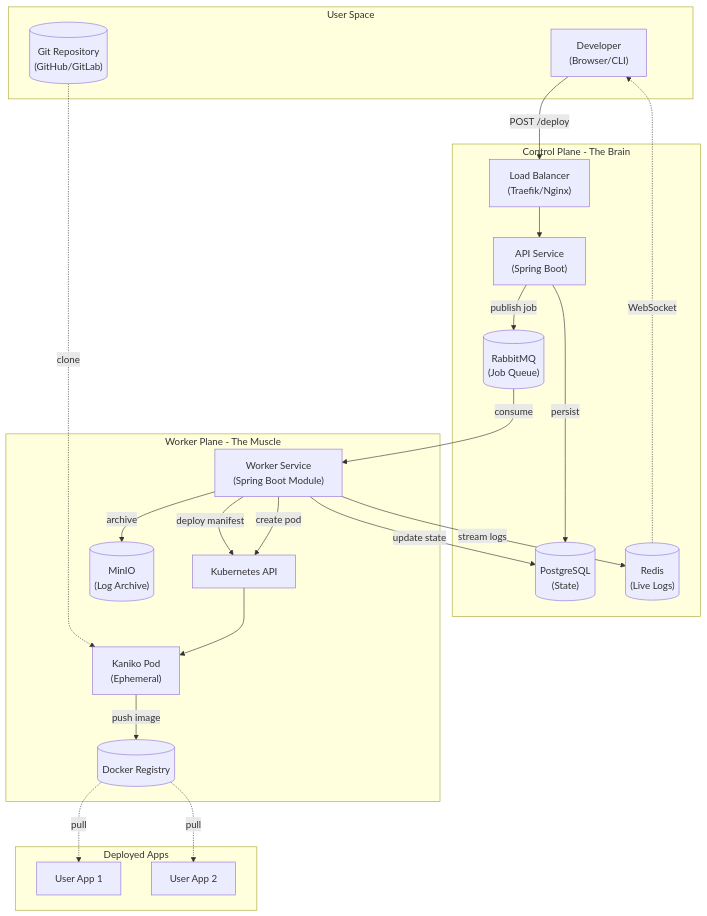
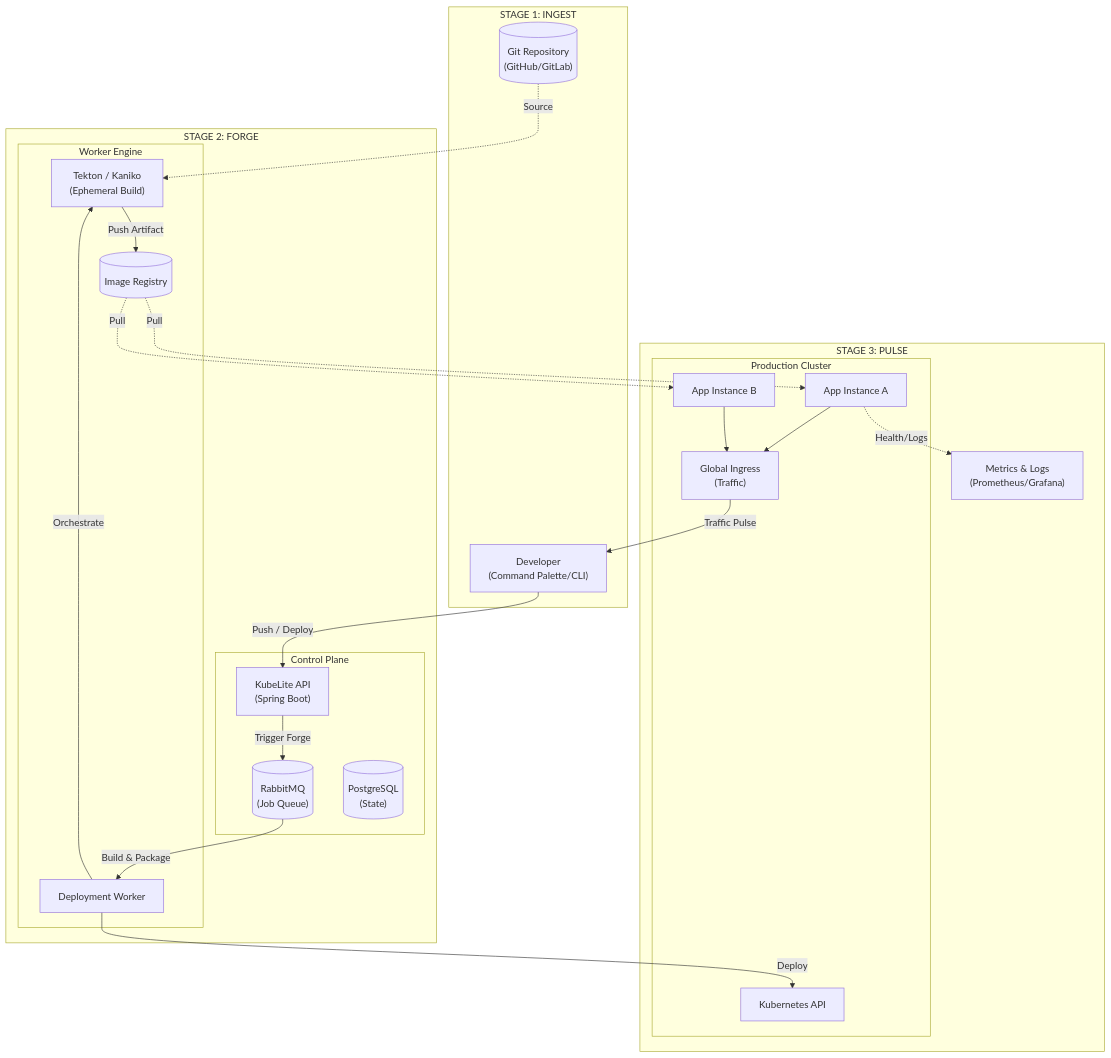
Before and after one commit to A-007481D/Ork8stra-Java: the diagram in diagrams/architecture/component-diagram.md, drawn with Mermaid. The commit also changed other lines of this file and 2 other files, not shown here.

Commit message:
docs(architecture): rebrand diagrams to KubeLite and add infrastructure stream workflow

````diff
--- a/diagrams/architecture/component-diagram.md
+++ b/diagrams/architecture/component-diagram.md
@@ -7,45 +7,46 @@
 ```mermaid
 flowchart TB
-    subgraph UserSpace["User Space"]
+    subgraph Stream_Ingest["STAGE 1: INGEST"]
         Git[("Git Repository\n(GitHub/GitLab)")]
-        Dev["Developer\n(Browser/CLI)"]
+        Dev["Developer\n(Command Palette/CLI)"]
     end
 
-    subgraph ControlPlane["Control Plane - The Brain"]
-        LB["Load Balancer\n(Traefik/Nginx)"]
-        API["API Service\n(Spring Boot)"]
-        MQ[("RabbitMQ\n(Job Queue)")]
-        DB[("PostgreSQL\n(State)")]
-        Redis[("Redis\n(Live Logs)")]
+    subgraph Stream_Forge["STAGE 2: FORGE"]
+        subgraph ControlPlane["Control Plane"]
+            API["KubeLite API\n(Spring Boot)"]
+            MQ[("RabbitMQ\n(Job Queue)")]
+            DB[("PostgreSQL\n(State)")]
+        end
+        
+        subgraph WorkerPlane["Worker Engine"]
+            Worker["Deployment Worker"]
+            Tekton["Tekton / Kaniko\n(Ephemeral Build)"]
+            Registry[("Image Registry")]
+        end
     end
 
-    subgraph WorkerPlane[" Worker Plane - The Muscle"]
-        Worker["Worker Service\n(Spring Boot Module)"]
-        K8s["Kubernetes API"]
-        Kaniko["Kaniko Pod\n(Ephemeral)"]
-        Registry[("Docker Registry")]
-        MinIO[("MinIO\n(Log Archive)")]
+    subgraph Stream_Pulse["STAGE 3: PULSE"]
+        subgraph RuntimePlane["Production Cluster"]
+            K8s["Kubernetes API"]
+            App1["App Instance A"]
+            App2["App Instance B"]
+            Ingress["Global Ingress\n(Traffic)"]
+        end
+        
+        Observability["Metrics & Logs\n(Prometheus/Grafana)"]
     end
 
-    subgraph UserApps["Deployed Apps"]
-        App1["User App 1"]
-        App2["User App 2"]
-    end
-
-    Dev -->|"POST /deploy"| LB
-    LB --> API
-    API -->|"persist"| DB
-    API -->|"publish job"| MQ
-    MQ -->|"consume"| Worker
-    Worker -->|"create pod"| K8s
-    K8s --> Kaniko
-    Git -.->|"clone"| Kaniko
-    Kaniko -->|"push image"| Registry
-    Worker -->|"update state"| DB
-    Worker -->|"stream logs"| Redis
-    Redis -.->|"WebSocket"| Dev
-    Worker -->|"archive"| MinIO
-    Worker -->|"deploy manifest"| K8s
-    Registry -.->|"pull"| App1
-    Registry -.->|"pull"| App2
+    Dev -->|"Push / Deploy"| API
+    API -->|"Trigger Forge"| MQ
+    MQ -->|"Build & Package"| Worker
+    Worker -->|"Orchestrate"| Tekton
+    Git -.->|"Source"| Tekton
+    Tekton -->|"Push Artifact"| Registry
+    Worker -->|"Deploy"| K8s
+    Registry -.->|"Pull"| App1
+    Registry -.->|"Pull"| App2
+    App1 --> Ingress
+    App2 --> Ingress
+    Ingress -->|"Traffic Pulse"| Dev
+    App1 -.->|"Health/Logs"| Observability
 ```
````
